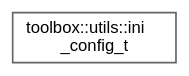
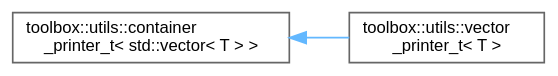
Before and after one commit to nerdneilsfield/cpp-toolbox: the diagram in inherit_graph_171.dot, drawn with Graphviz. The commit also changed 282 other files, not shown here.

```diff
--- a/inherit_graph_171.dot
+++ b/inherit_graph_171.dot
@@ -1,9 +1,11 @@
 digraph "Graphical Class Hierarchy"
 {
  // LATEX_PDF_SIZE
   bgcolor="transparent";
   edge [fontname=Helvetica,fontsize=10,labelfontname=Helvetica,labelfontsize=10];
   node [fontname=Helvetica,fontsize=10,shape=box,height=0.2,width=0.4];
   rankdir="LR";
-  Node0 [id="Node000000",label="toolbox::utils::ini\l_config_t",height=0.2,width=0.4,color="grey40", fillcolor="white", style="filled",URL="$classtoolbox_1_1utils_1_1ini__config__t.html",tooltip=" "];
+  Node0 [id="Node000000",label="toolbox::utils::container\l_printer_t\< std::vector\< T \> \>",height=0.2,width=0.4,color="grey40", fillcolor="white", style="filled",URL="$classtoolbox_1_1utils_1_1container__printer__t.html",tooltip=" "];
+  Node0 -> Node1 [id="edge118_Node000000_Node000001",dir="back",color="steelblue1",style="solid",tooltip=" "];
+  Node1 [id="Node000001",label="toolbox::utils::vector\l_printer_t\< T \>",height=0.2,width=0.4,color="grey40", fillcolor="white", style="filled",URL="$classtoolbox_1_1utils_1_1vector__printer__t.html",tooltip="Vector 打印器/Vector printer."];
 }
```
